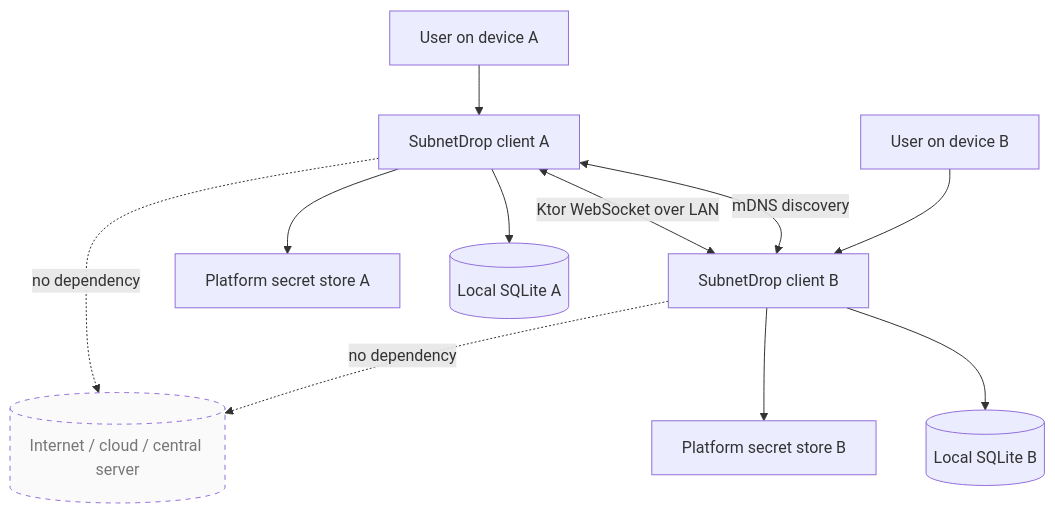
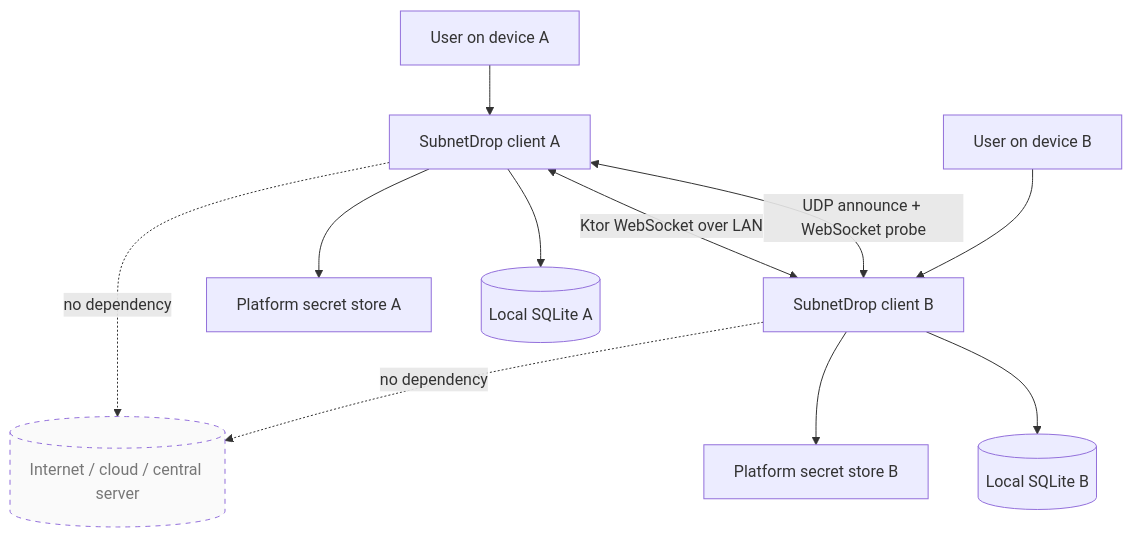
One commit to x2ink/subnetdrop changed the first of 3 diagrams in docs/ARCHITECTURE.md. Above: the diagram before and after it, drawn with Mermaid. The commit also changed other lines of this file and 39 other files, not shown here.

````diff
--- a/docs/ARCHITECTURE.md
+++ b/docs/ARCHITECTURE.md
@@ -38,15 +40,15 @@
 ```mermaid
 flowchart TB
     UserA[User on device A] --> ClientA[SubnetDrop client A]
     UserB[User on device B] --> ClientB[SubnetDrop client B]
-    ClientA <-->|mDNS discovery| ClientB
+    ClientA <-->|UDP announce + WebSocket probe| ClientB
     ClientA <-->|Ktor WebSocket over LAN| ClientB
     ClientA --> DbA[(Local SQLite A)]
     ClientB --> DbB[(Local SQLite B)]
     ClientA --> KeysA[Platform secret store A]
     ClientB --> KeysB[Platform secret store B]
     Cloud[(Internet / cloud / central server)]:::excluded
     ClientA -. no dependency .-> Cloud
     ClientB -. no dependency .-> Cloud
     classDef excluded stroke-dasharray: 5 5,fill:#fafafa,color:#777
 ```
````
